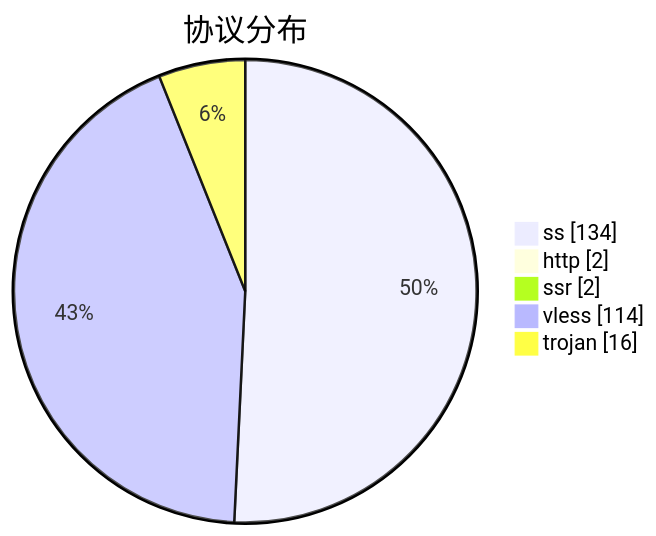
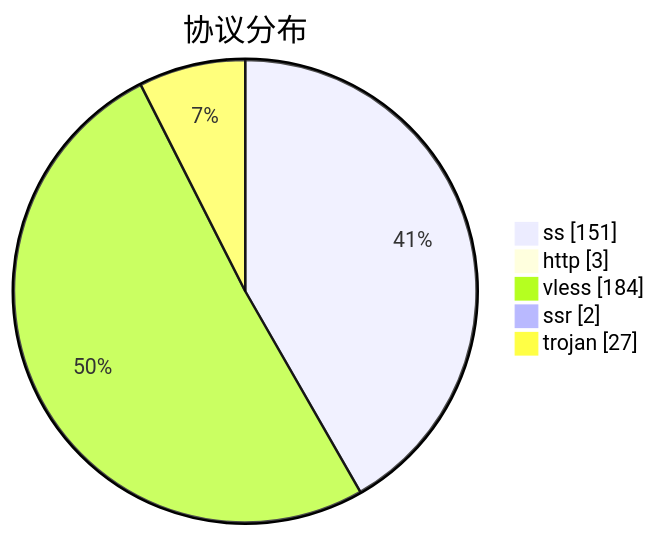
Before and after one commit to qjlxg/airport: the third of 3 diagrams in subs/statistics/tested_within.md, drawn with Mermaid. The commit also changed other lines of this file and 2 other files, not shown here.

````diff
--- a/subs/statistics/tested_within.md
+++ b/subs/statistics/tested_within.md
@@ -18,9 +19,9 @@
 ```mermaid
 pie showData
 title 协议分布
-"ss" : 134
-"http" : 2
+"ss" : 151
+"http" : 3
+"vless" : 184
 "ssr" : 2
-"vless" : 114
-"trojan" : 16
+"trojan" : 27
 ```
````
